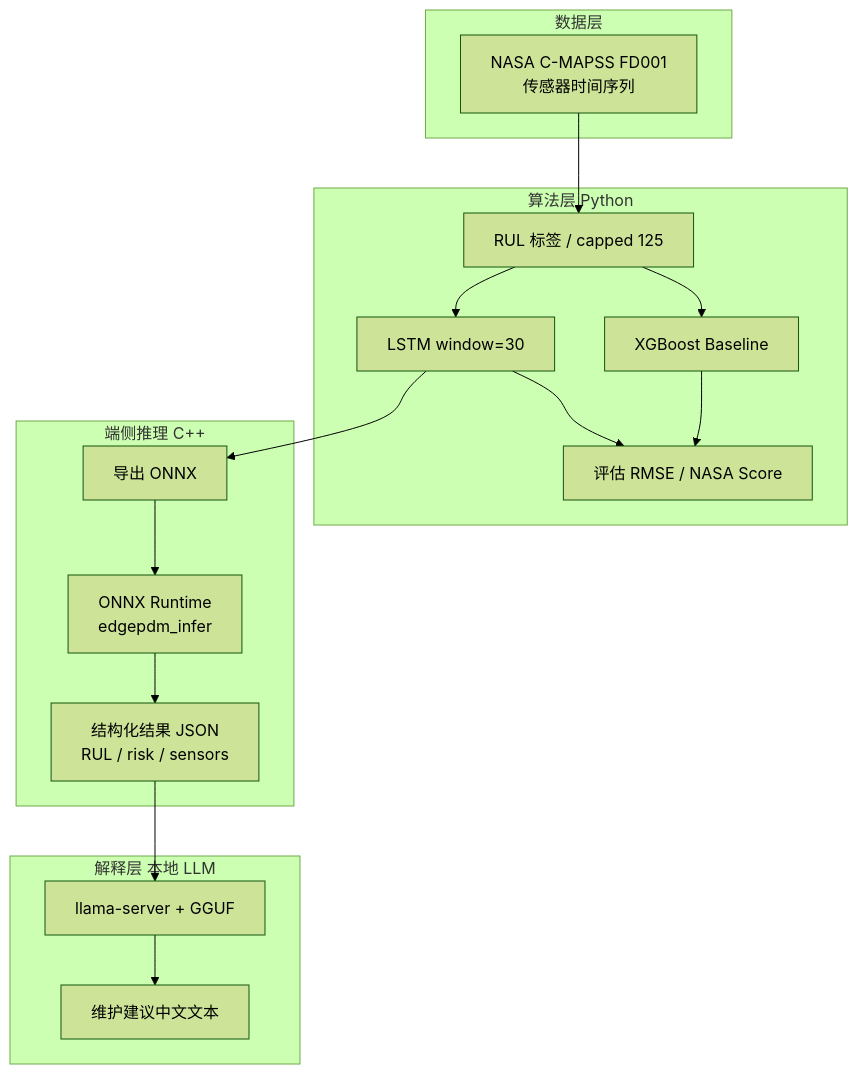
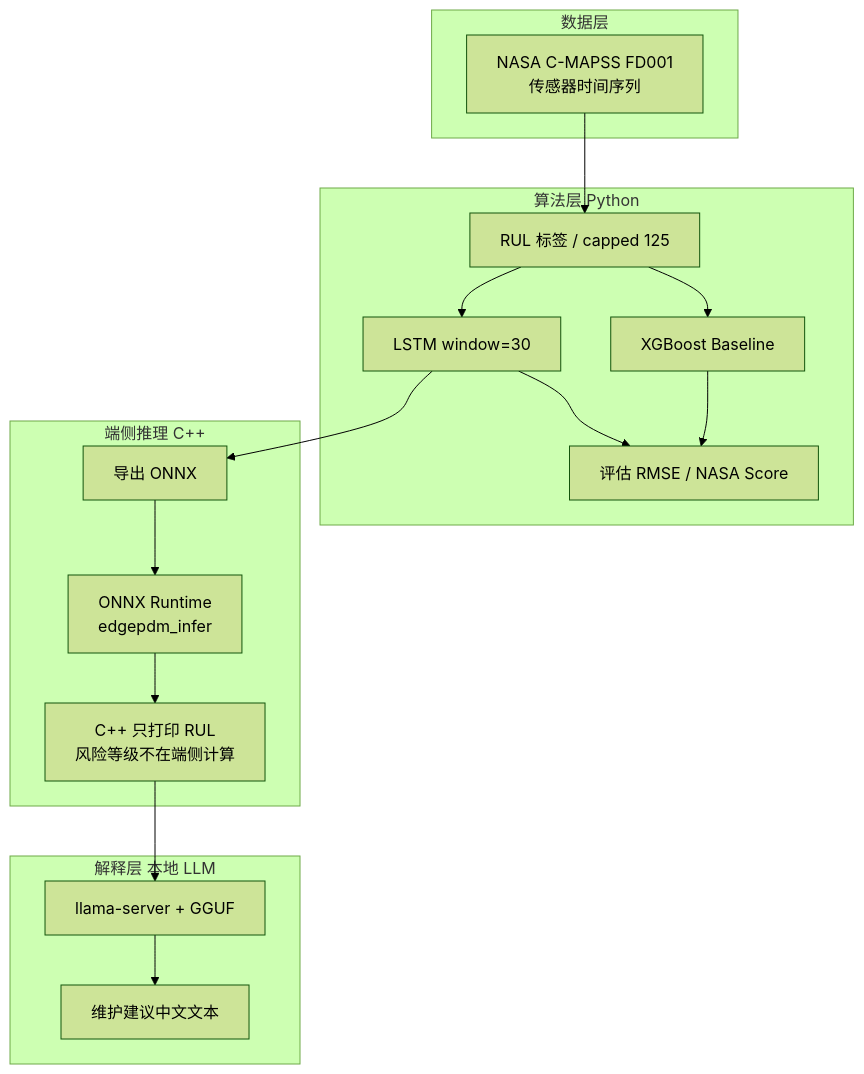
The diagram in assets/design/architecture.md (Kingyibin/EdgePdM-Agent), drawn with Mermaid (forest theme) before and after one commit. The commit also changed other lines of this file and 23 other files, not shown here.

````diff
--- a/assets/design/architecture.md
+++ b/assets/design/architecture.md
@@ -3,30 +3,30 @@
 ```mermaid
 flowchart TB
   subgraph Data["数据层"]
     A[NASA C-MAPSS FD001<br/>传感器时间序列]
   end
 
   subgraph Train["算法层 Python"]
     B[RUL 标签 / capped 125]
     C[XGBoost Baseline]
     D[LSTM window=30]
     E[评估 RMSE / NASA Score]
   end
 
   subgraph Edge["端侧推理 C++"]
     F[导出 ONNX]
     G[ONNX Runtime<br/>edgepdm_infer]
-    H[结构化结果 JSON<br/>RUL / risk / sensors]
+    H[C++ 只打印 RUL<br/>风险等级不在端侧计算]
   end
 
   subgraph Explain["解释层 本地 LLM"]
     I[llama-server + GGUF]
     J[维护建议中文文本]
   end
 
   A --> B --> C
   B --> D
   C --> E
   D --> E
   D --> F --> G --> H --> I --> J
 ```
````
